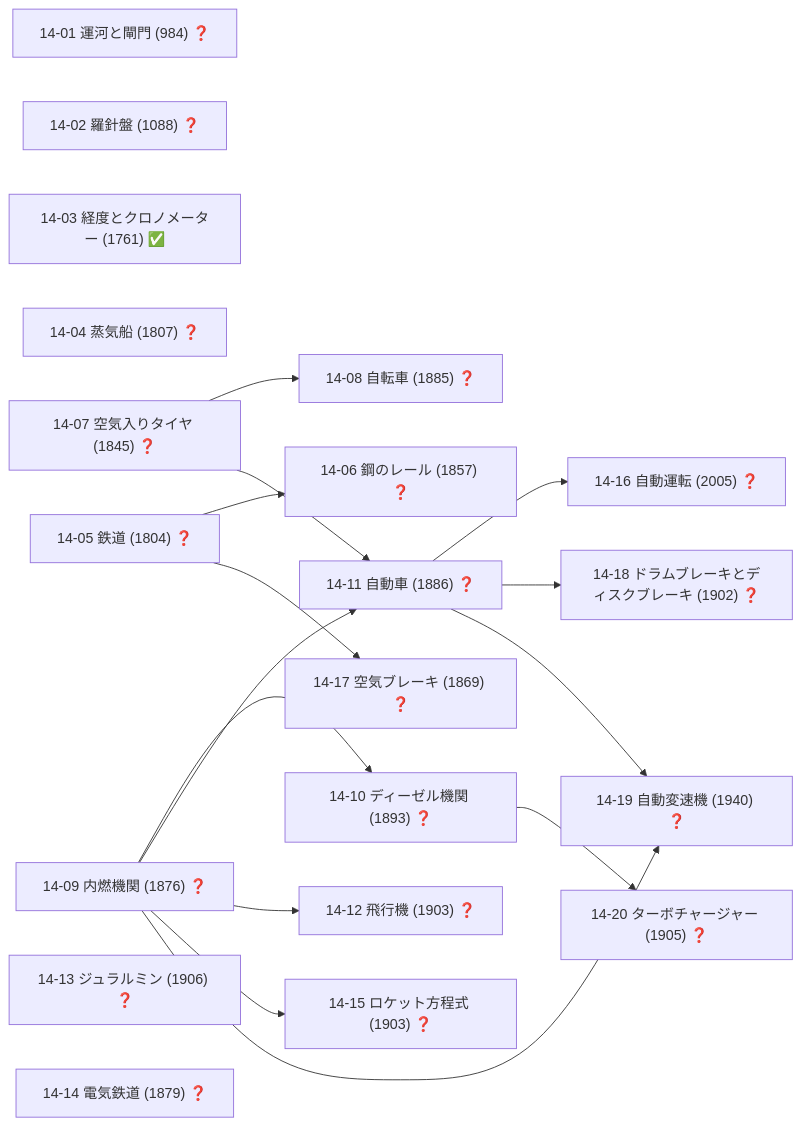
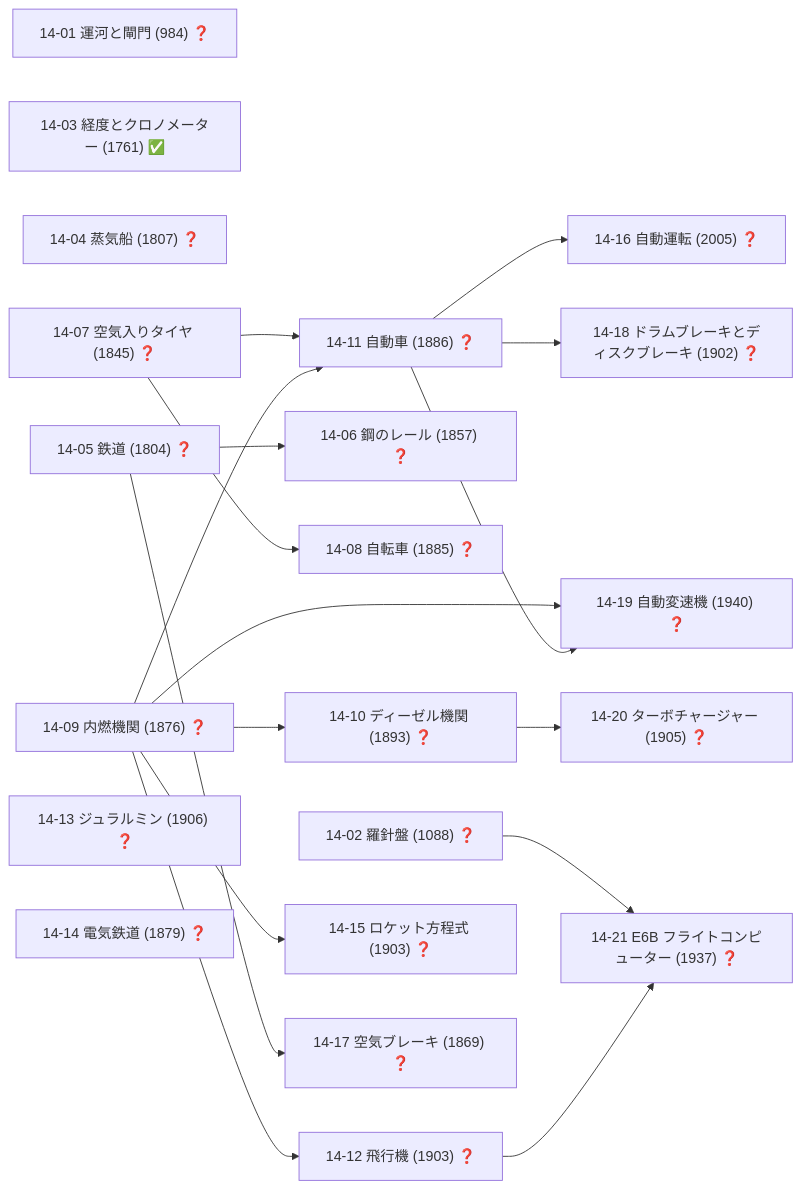
One commit to taku3i0317-collab/semiconductor-lab changed diagram 17 of 19 in docs/TECH_TREE_VIEW.md. Above: the diagram before and after it, drawn with Mermaid. The commit also changed other lines of this file and 12 other files, not shown here.

````diff
--- a/docs/TECH_TREE_VIEW.md
+++ b/docs/TECH_TREE_VIEW.md
@@ -915,36 +921,39 @@
 ```mermaid
 graph LR
   n14_01["14-01 運河と閘門 (984) ❓"]
   n14_02["14-02 羅針盤 (1088) ❓"]
   n14_03["14-03 経度とクロノメーター (1761) ✅"]
   n14_04["14-04 蒸気船 (1807) ❓"]
   n14_05["14-05 鉄道 (1804) ❓"]
   n14_06["14-06 鋼のレール (1857) ❓"]
   n14_07["14-07 空気入りタイヤ (1845) ❓"]
   n14_08["14-08 自転車 (1885) ❓"]
   n14_09["14-09 内燃機関 (1876) ❓"]
   n14_10["14-10 ディーゼル機関 (1893) ❓"]
   n14_11["14-11 自動車 (1886) ❓"]
   n14_12["14-12 飛行機 (1903) ❓"]
   n14_13["14-13 ジュラルミン (1906) ❓"]
   n14_14["14-14 電気鉄道 (1879) ❓"]
   n14_15["14-15 ロケット方程式 (1903) ❓"]
   n14_16["14-16 自動運転 (2005) ❓"]
   n14_17["14-17 空気ブレーキ (1869) ❓"]
   n14_18["14-18 ドラムブレーキとディスクブレーキ (1902) ❓"]
   n14_19["14-19 自動変速機 (1940) ❓"]
   n14_20["14-20 ターボチャージャー (1905) ❓"]
+  n14_21["14-21 E6B フライトコンピューター (1937) ❓"]
   n14_05-->n14_06
   n14_07-->n14_08
   n14_09-->n14_10
   n14_07-->n14_11
   n14_09-->n14_11
   n14_09-->n14_12
   n14_09-->n14_15
   n14_11-->n14_16
   n14_05-->n14_17
   n14_11-->n14_18
   n14_09-->n14_19
   n14_11-->n14_19
   n14_10-->n14_20
+  n14_02-->n14_21
+  n14_12-->n14_21
 ```
````
